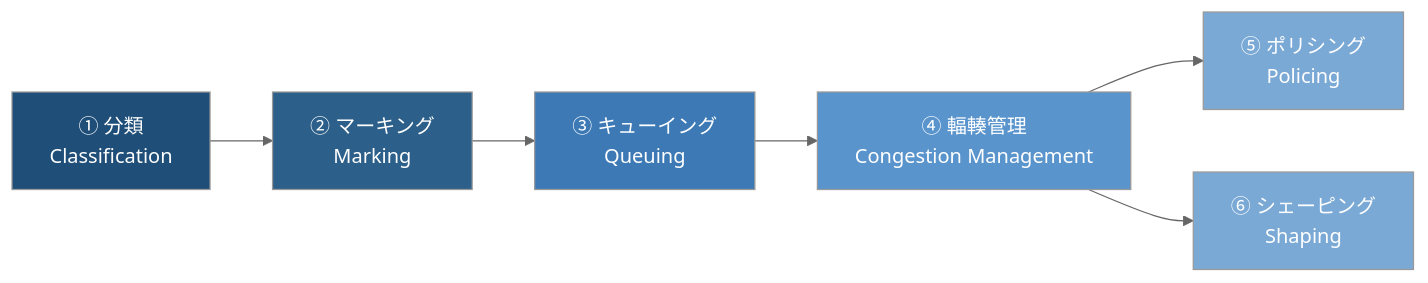
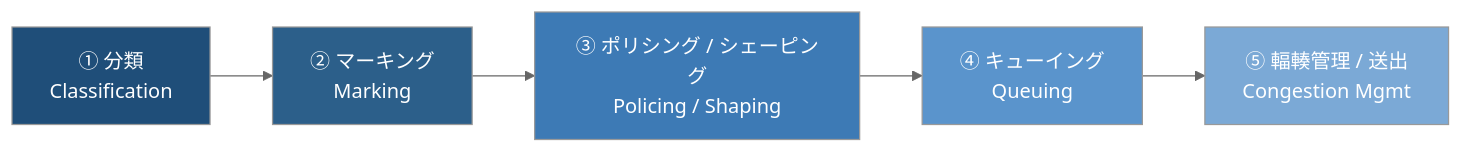
One commit to myoshi2891/Cloud-Infrastructure-Studies changed the tenth of 12 diagrams in archive/Cisco/md/Ccna-ip-services-guide.md. Above: the diagram before and after it, drawn with Mermaid (neutral theme). The commit also changed other lines of this file and 6 other files, not shown here.

````diff
--- a/archive/Cisco/md/Ccna-ip-services-guide.md
+++ b/archive/Cisco/md/Ccna-ip-services-guide.md
@@ -405,15 +406,13 @@
 ```mermaid
 flowchart LR
     A["① 分類<br/>Classification"] --> B["② マーキング<br/>Marking"]
-    B --> C["③ キューイング<br/>Queuing"]
-    C --> D["④ 輻輳管理<br/>Congestion Management"]
-    D --> E["⑤ ポリシング<br/>Policing"]
-    D --> F["⑥ シェーピング<br/>Shaping"]
+    B --> C["③ ポリシング / シェーピング<br/>Policing / Shaping"]
+    C --> D["④ キューイング<br/>Queuing"]
+    D --> E["⑤ 輻輳管理 / 送出<br/>Congestion Mgmt"]
 
     style A fill:#1f4e79,color:#fff
     style B fill:#2c5f8a,color:#fff
     style C fill:#3d7ab5,color:#fff
     style D fill:#5a94cc,color:#fff
     style E fill:#7ba9d6,color:#fff
-    style F fill:#7ba9d6,color:#fff
 ```
````
